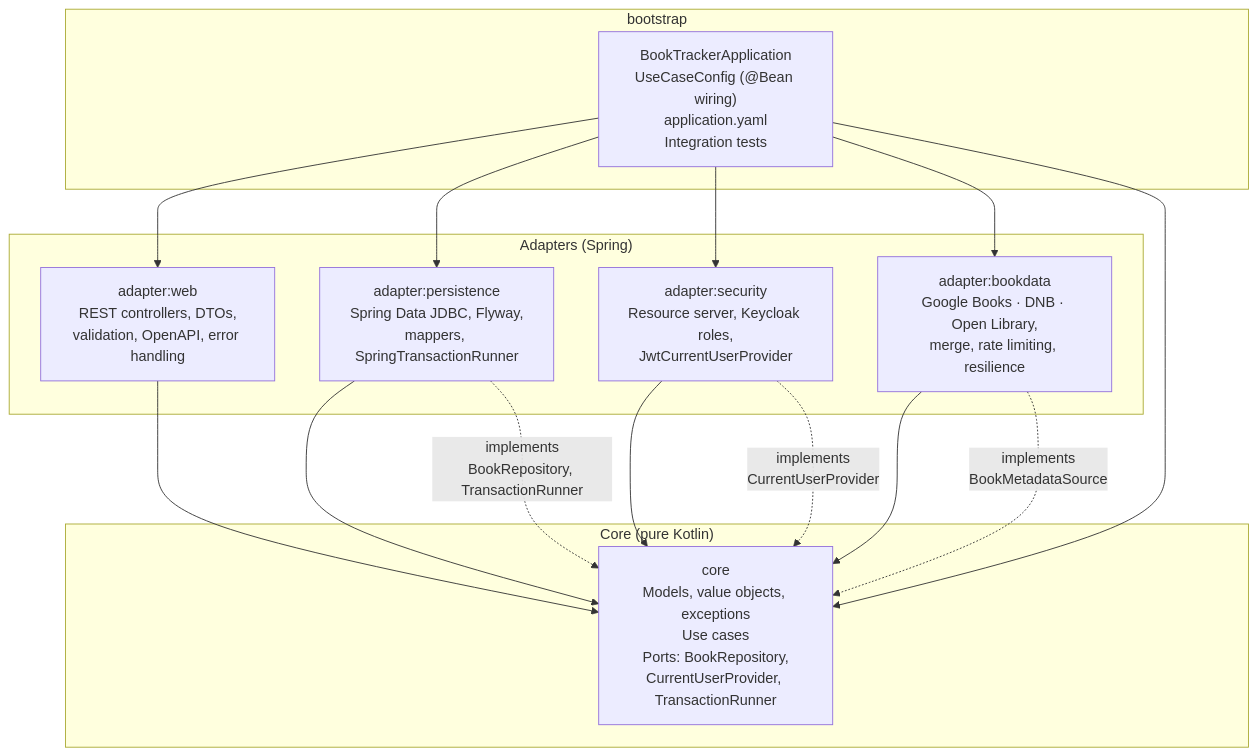
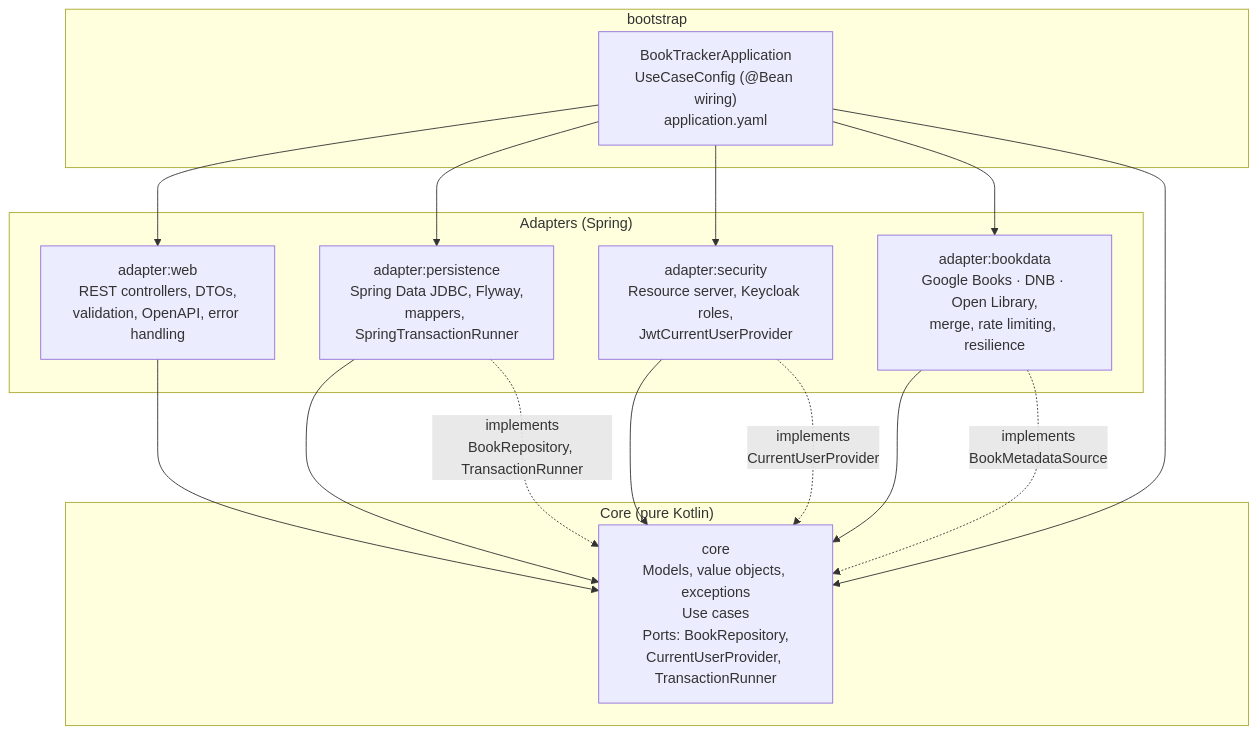
One commit to AnSrwn/BookTracker changed the second of 3 diagrams in backend/docs/architecture.md. Above: the diagram before and after it, drawn with Mermaid. The commit also changed other lines of this file and 17 other files, not shown here.

Commit message:
Split the architecture doc into architecture, book data and ADRs

````diff
--- a/backend/docs/architecture.md
+++ b/backend/docs/architecture.md
@@ -61,32 +59,32 @@
 ```mermaid
 flowchart TB
     subgraph boot["bootstrap"]
-        bootApp["BookTrackerApplication<br/>UseCaseConfig (@Bean wiring)<br/>application.yaml<br/>Integration tests"]
+        bootApp["BookTrackerApplication<br/>UseCaseConfig (@Bean wiring)<br/>application.yaml"]
     end
 
     subgraph adapters["Adapters (Spring)"]
         web["adapter:web<br/>REST controllers, DTOs,<br/>validation, OpenAPI, error handling"]
         persistence["adapter:persistence<br/>Spring Data JDBC, Flyway,<br/>mappers, SpringTransactionRunner"]
         security["adapter:security<br/>Resource server, Keycloak roles,<br/>JwtCurrentUserProvider"]
         bookdata["adapter:bookdata<br/>Google Books · DNB · Open Library,<br/>merge, rate limiting, resilience"]
     end
 
     subgraph coreLayer["Core (pure Kotlin)"]
         core["core<br/>Models, value objects, exceptions<br/>Use cases<br/>Ports: BookRepository,<br/>CurrentUserProvider, TransactionRunner"]
     end
 
     bootApp --> web
     bootApp --> persistence
     bootApp --> security
     bootApp --> bookdata
     bootApp --> core
 
     web --> core
     persistence --> core
     security --> core
     bookdata --> core
 
     persistence -. "implements<br/>BookRepository, TransactionRunner" .-> core
     security -. "implements<br/>CurrentUserProvider" .-> core
     bookdata -. "implements<br/>BookMetadataSource" .-> core
 ```
````
